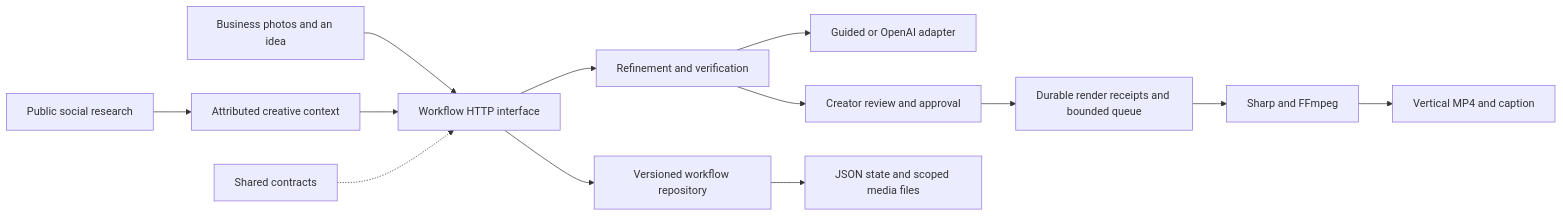
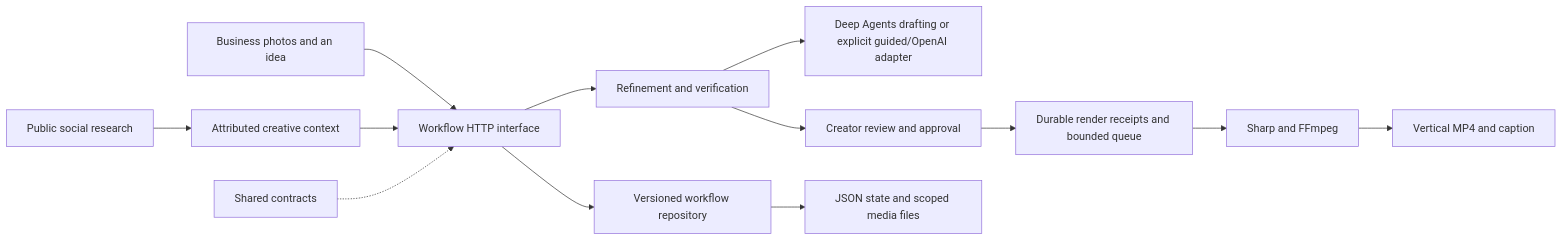
One commit to Emmit3/yap. changed the diagram in docs/architecture.md. Above: the diagram before and after it, drawn with Mermaid. The commit also changed other lines of this file and 35 other files, not shown here.

Commit message:
Use real Deep Agents for researched script and scene production

````diff
--- a/docs/architecture.md
+++ b/docs/architecture.md
@@ -3,15 +3,15 @@
 ```mermaid
 flowchart LR
   Inputs[Business photos and an idea] --> API[Workflow HTTP interface]
   Research[Public social research] --> Context[Attributed creative context]
   Context --> API
   API --> Engine[Refinement and verification]
-  Engine --> Provider[Guided or OpenAI adapter]
+  Engine --> Provider[Deep Agents drafting or explicit guided/OpenAI adapter]
   Engine --> Review[Creator review and approval]
   Review --> Queue[Durable render receipts and bounded queue]
   Queue --> Renderer[Sharp and FFmpeg]
   Renderer --> Output[Vertical MP4 and caption]
   API --> Store[Versioned workflow repository]
   Store --> Disk[JSON state and scoped media files]
   Contracts[Shared contracts] -.-> API
 ```
````
